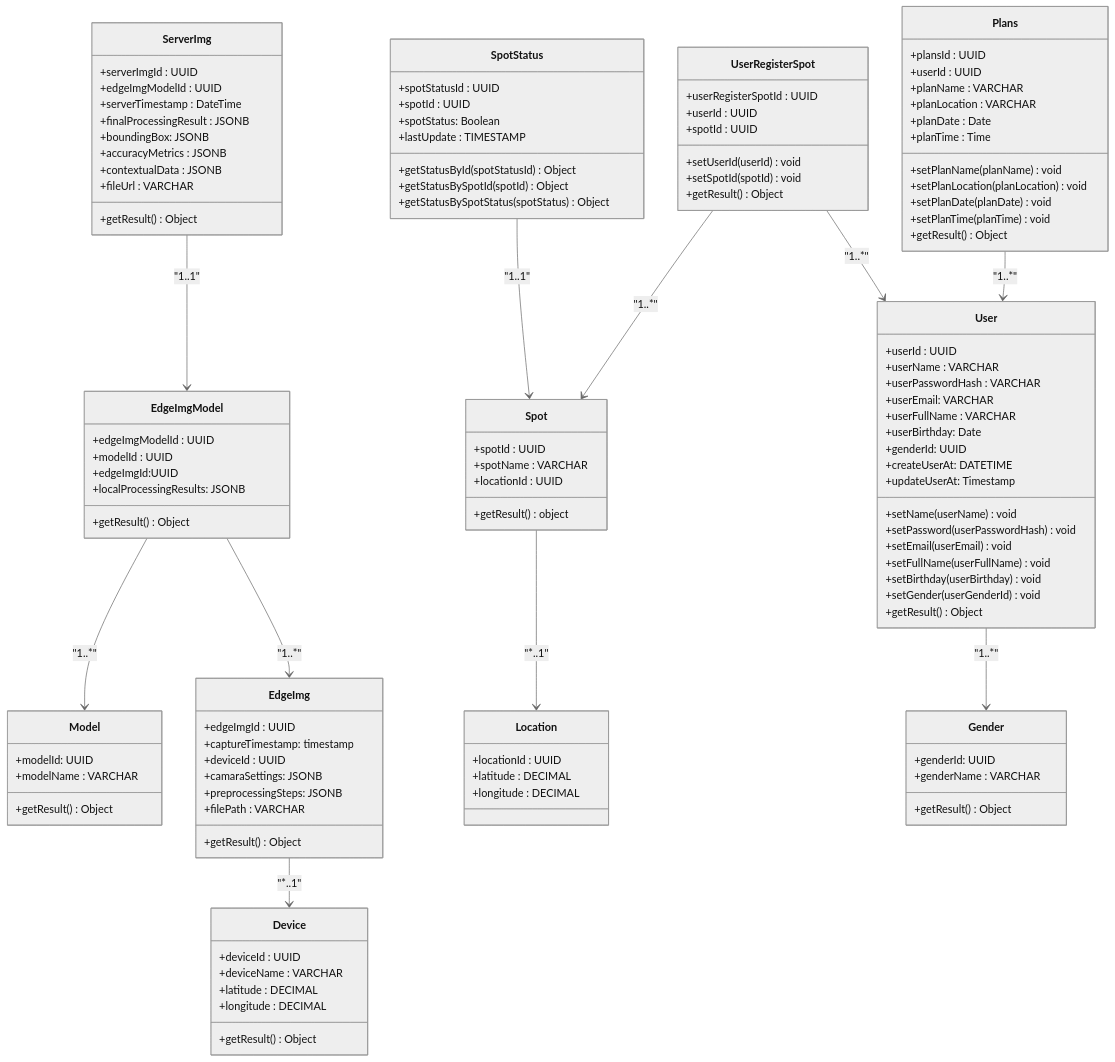
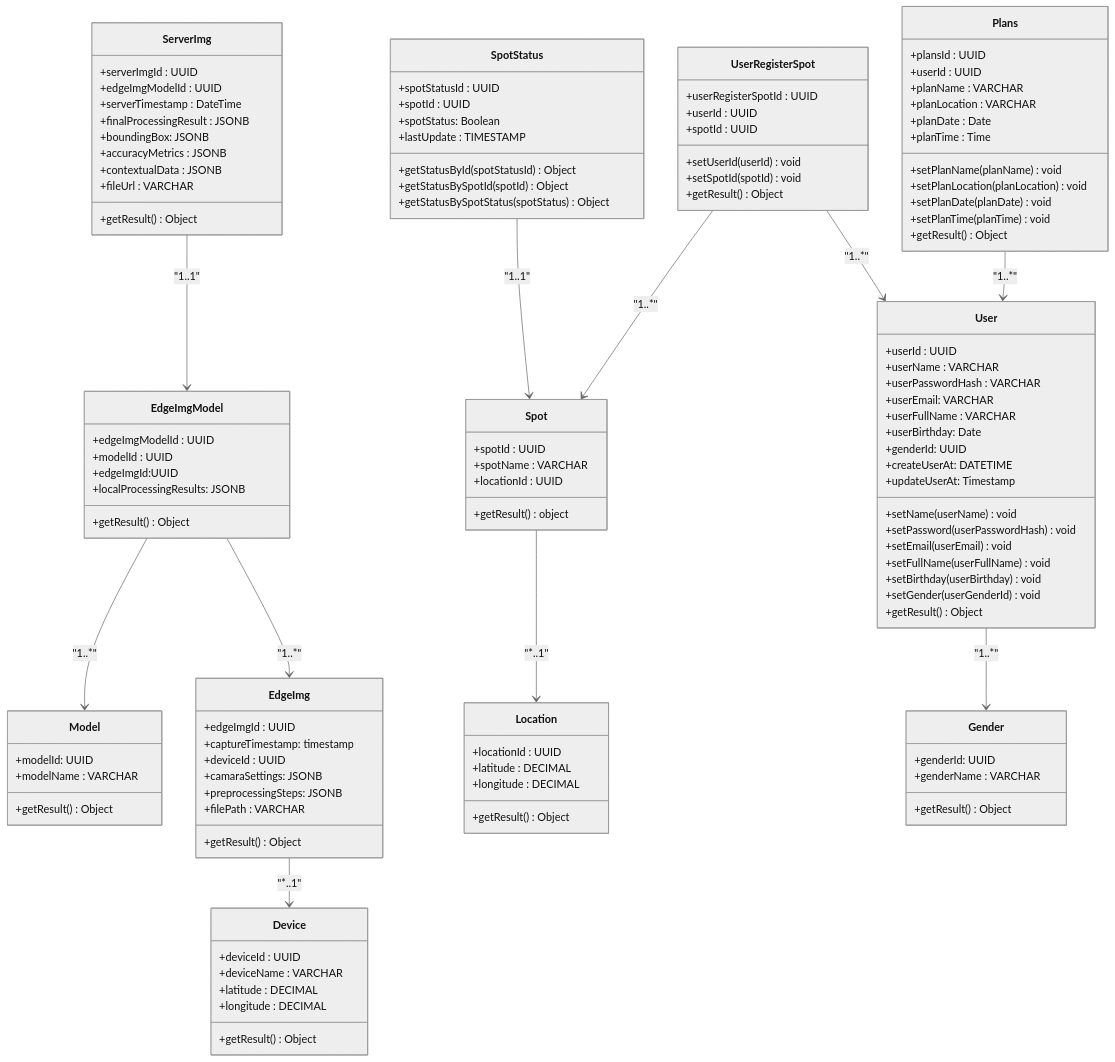
The diagram in classDiagram.md (bxstonpk/intelligent_parking_management), drawn with Mermaid (neutral theme) before and after one commit. The commit also changed 2 other files, not shown here.

Commit message:
edit LICENSE

```diff
--- a/classDiagram.md
+++ b/classDiagram.md
@@ -53,6 +53,8 @@
         +locationId : UUID
         +latitude : DECIMAL
         +longitude : DECIMAL 
+
+        +getResult() Object
     }
 
     class Spot { 
```
